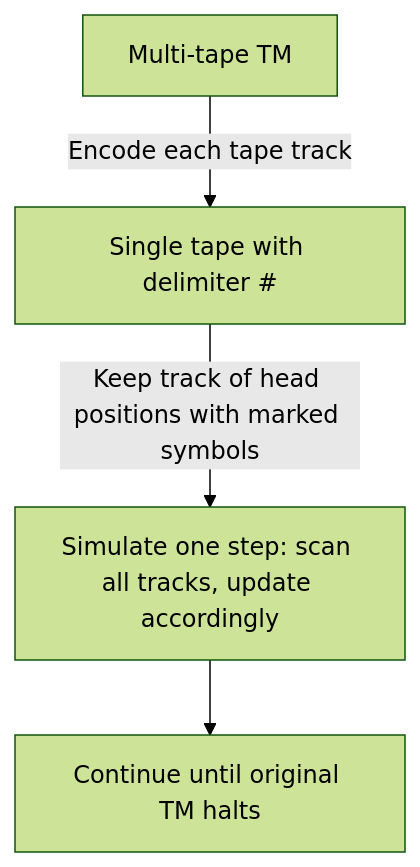
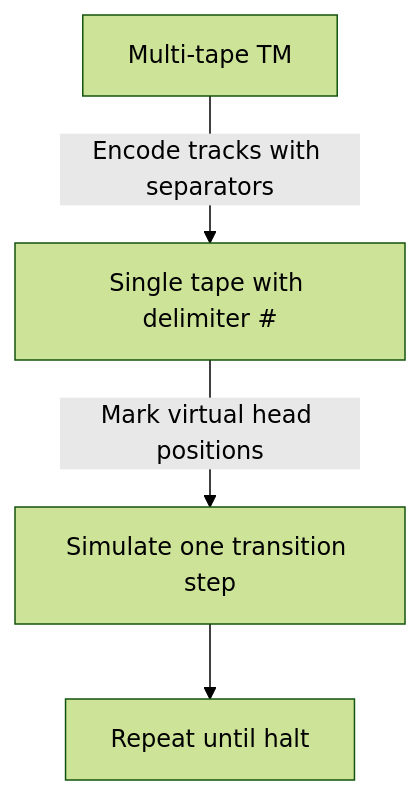
The fifth of 5 diagrams in Theory Of Computation/Ch09 - Turing Machine.md (manishkumar8312/CS-Fundamentals), drawn with Mermaid (forest theme) before and after one commit. The commit also changed other lines of this file, not shown here.

````diff
--- a/Theory Of Computation/Ch09 - Turing Machine.md
+++ b/Theory Of Computation/Ch09 - Turing Machine.md
@@ -195,6 +227,6 @@
 ```mermaid
 flowchart TD
-    A[Multi‑tape TM] -->|Encode each tape track| B[Single tape with delimiter #]
-    B -->|Keep track of head positions with marked symbols| C[Simulate one step: scan all tracks, update accordingly]
-    C --> D[Continue until original TM halts]
+    A[Multi-tape TM] -->|Encode tracks with separators| B[Single tape with delimiter #]
+    B -->|Mark virtual head positions| C[Simulate one transition step]
+    C --> D[Repeat until halt]
 ```
````
